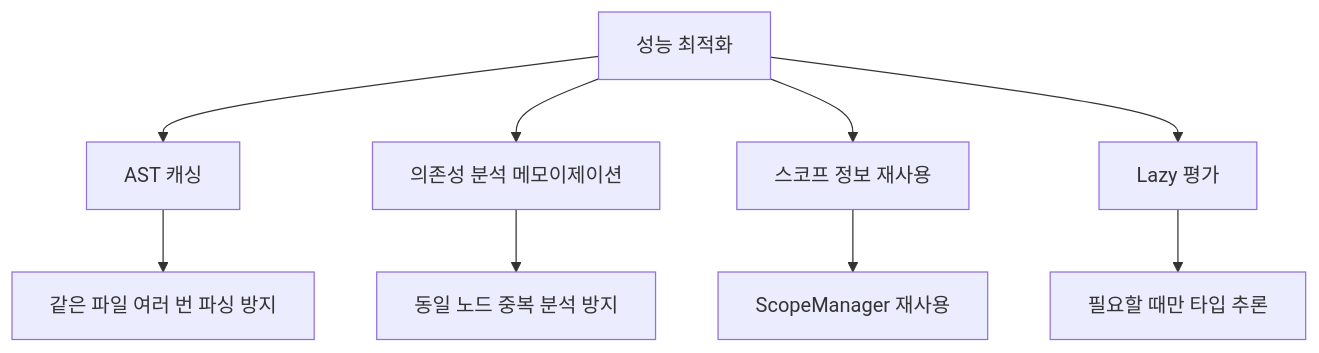
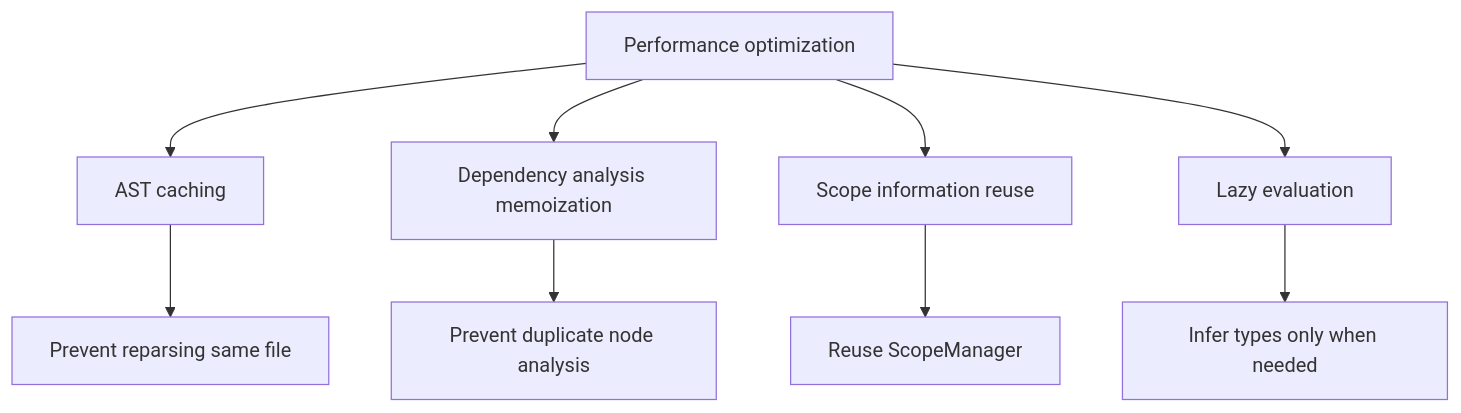
One commit to wickedev/regrafter changed diagram 12 of 13 in .claude/specs/jsx-extract/design.md. Above: the diagram before and after it, drawn with Mermaid. The commit also changed other lines of this file and 86 other files, not shown here.

````diff
--- a/.claude/specs/jsx-extract/design.md
+++ b/.claude/specs/jsx-extract/design.md
@@ -1031,12 +1031,12 @@
 ```mermaid
 graph TB
-    A[성능 최적화] --> B[AST 캐싱]
-    A --> C[의존성 분석 메모이제이션]
-    A --> D[스코프 정보 재사용]
-    A --> E[Lazy 평가]
+    A[Performance optimization] --> B[AST caching]
+    A --> C[Dependency analysis memoization]
+    A --> D[Scope information reuse]
+    A --> E[Lazy evaluation]
 
-    B --> F[같은 파일 여러 번 파싱 방지]
-    C --> G[동일 노드 중복 분석 방지]
-    D --> H[ScopeManager 재사용]
-    E --> I[필요할 때만 타입 추론]
+    B --> F[Prevent reparsing same file]
+    C --> G[Prevent duplicate node analysis]
+    D --> H[Reuse ScopeManager]
+    E --> I[Infer types only when needed]
 ```
````
